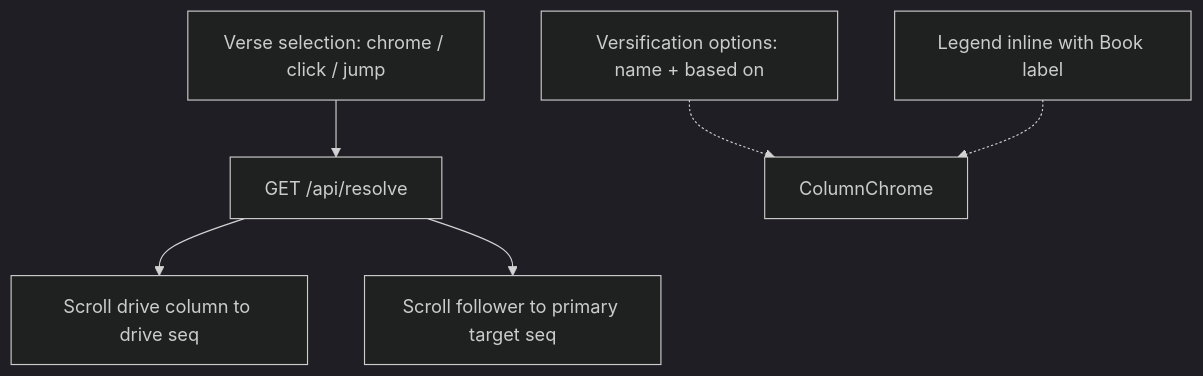
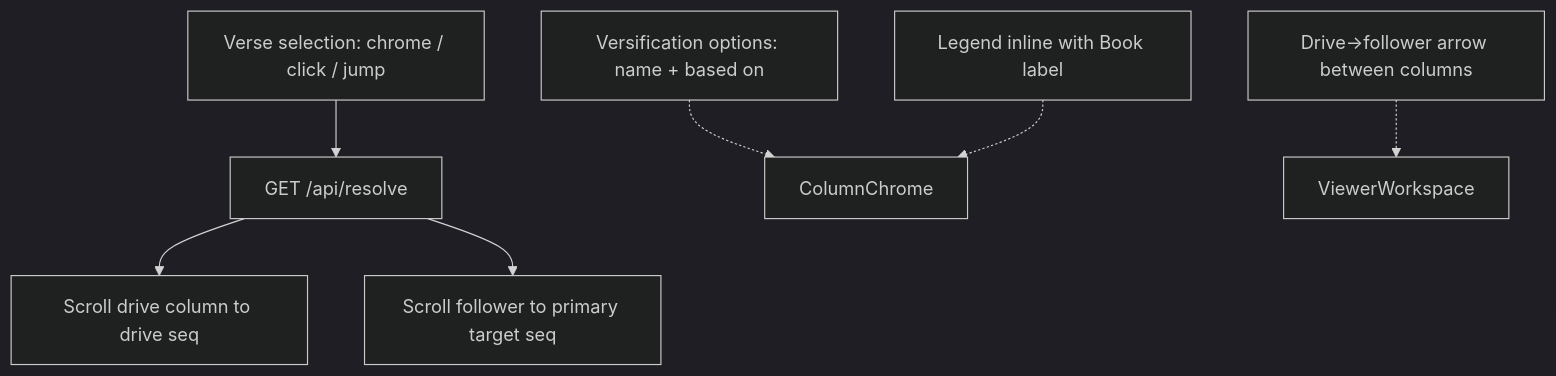
The diagram in .spec/frvt-3-viewer-chrome-ux-execution-plan-1.md (genesis-ai-dev/versification-tool), drawn with Mermaid (dark theme) before and after one commit. The commit also changed other lines of this file and 15 other files, not shown here.

````diff
--- a/.spec/frvt-3-viewer-chrome-ux-execution-plan-1.md
+++ b/.spec/frvt-3-viewer-chrome-ux-execution-plan-1.md
@@ -60,15 +67,17 @@
 ```mermaid
 flowchart TB
   select["Verse selection: chrome / click / jump"]
   resolve["GET /api/resolve"]
   driveScroll["Scroll drive column to drive seq"]
   followerScroll["Scroll follower to primary target seq"]
   labels["Versification options: name + based on"]
   legend["Legend inline with Book label"]
+  arrow["Drive→follower arrow between columns"]
 
   select --> resolve
   resolve --> driveScroll
   resolve --> followerScroll
   labels -.-> ColumnChrome
   legend -.-> ColumnChrome
+  arrow -.-> ViewerWorkspace
 ```
````
